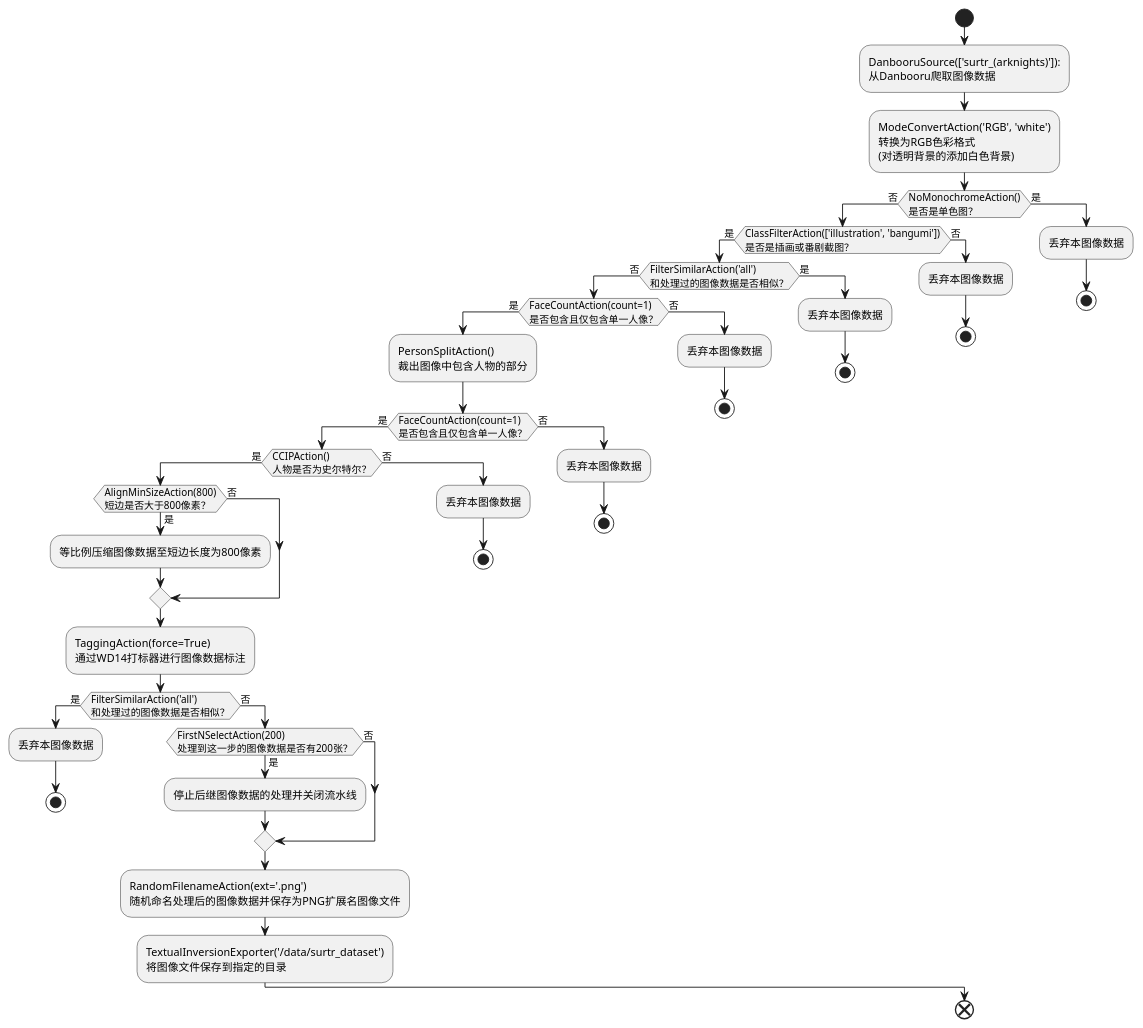
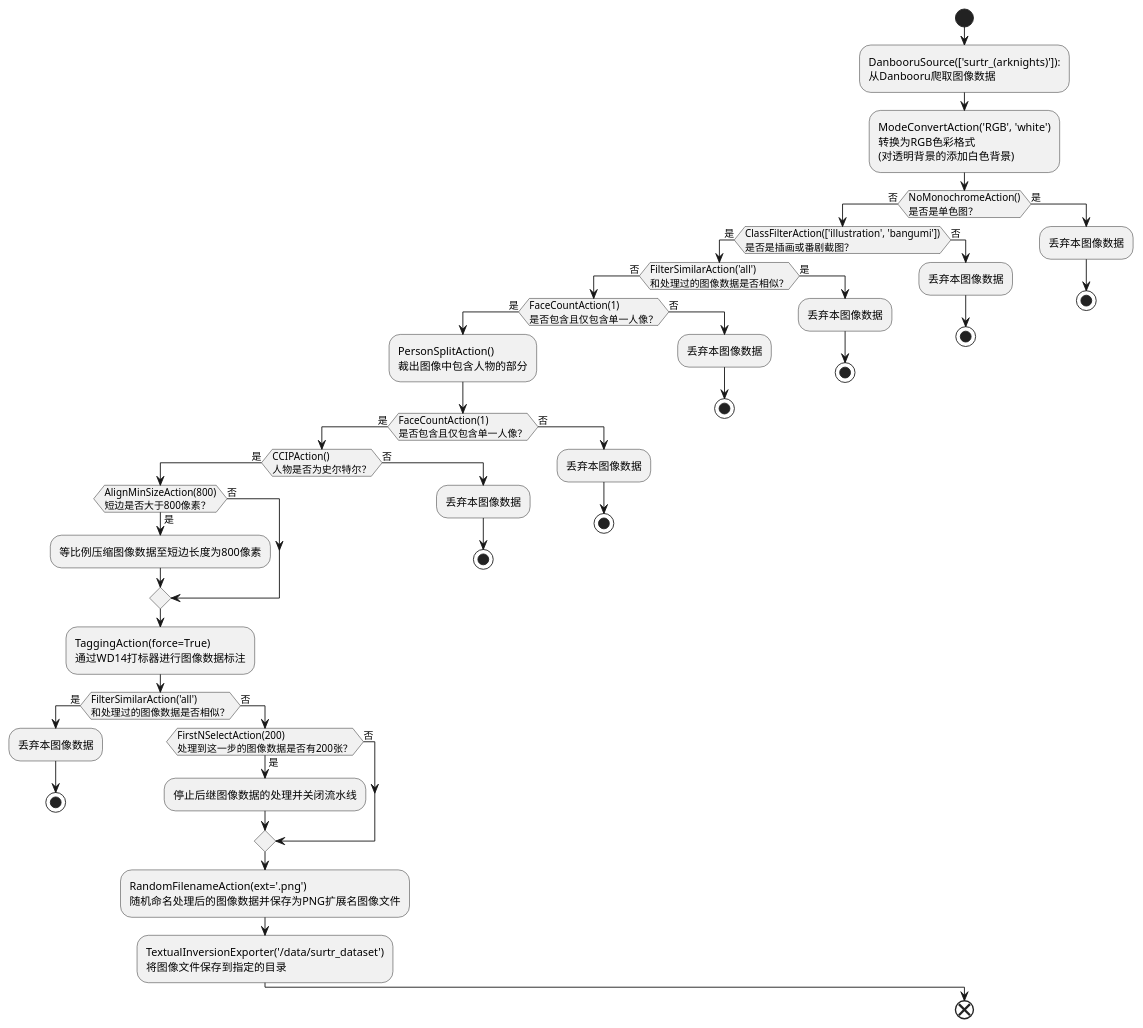
One commit to deepghs/waifuc changed the diagram in docs/source/tutorials-CN/quick_start/sample_workflow.puml. Above: the diagram before and after it, drawn with PlantUML. The commit also changed 7 other files, not shown here.

```diff
--- a/docs/source/tutorials-CN/quick_start/sample_workflow.puml
+++ b/docs/source/tutorials-CN/quick_start/sample_workflow.puml
@@ -1,54 +1,54 @@
 @startuml
 start
 :DanbooruSource(['surtr_(arknights)']):\n从Danbooru爬取图像数据;
 :ModeConvertAction('RGB', 'white')\n转换为RGB色彩格式\n(对透明背景的添加白色背景);
 
 if (NoMonochromeAction()\n是否是单色图？) then (否)
   if (ClassFilterAction(['illustration', 'bangumi'])\n是否是插画或番剧截图？) then (是)
     if (FilterSimilarAction('all')\n和处理过的图像数据是否相似？) then (否)
-      if (FaceCountAction(count=1)\n是否包含且仅包含单一人像？) then (是)
+      if (FaceCountAction(1)\n是否包含且仅包含单一人像？) then (是)
         :PersonSplitAction()\n裁出图像中包含人物的部分;
-        if (FaceCountAction(count=1)\n是否包含且仅包含单一人像？) then (是)
+        if (FaceCountAction(1)\n是否包含且仅包含单一人像？) then (是)
           if (CCIPAction()\n人物是否为史尔特尔？) then (是)
             if (AlignMinSizeAction(800)\n短边是否大于800像素？) then (是)
               :等比例压缩图像数据至短边长度为800像素;
             else (否)
             endif
             :TaggingAction(force=True)\n通过WD14打标器进行图像数据标注;
             if (FilterSimilarAction('all')\n和处理过的图像数据是否相似？) then (是)
               :丢弃本图像数据;
               stop
             else (否)
               if (FirstNSelectAction(200)\n处理到这一步的图像数据是否有200张？) then (是)
                 :停止后继图像数据的处理并关闭流水线;
               else (否)
               endif
               :RandomFilenameAction(ext='.png')\n随机命名处理后的图像数据并保存为PNG扩展名图像文件;
               :TextualInversionExporter('/data/surtr_dataset')\n将图像文件保存到指定的目录;
             endif
           else (否)
             :丢弃本图像数据;
             stop
           endif
         else (否)
           :丢弃本图像数据;
           stop
         endif
       else (否)
         :丢弃本图像数据;
         stop
       endif
     else (是)
       :丢弃本图像数据;
       stop
     endif
   else (否)
     :丢弃本图像数据;
     stop
   endif
 else (是)
   :丢弃本图像数据;
   stop
 endif
 end
 @enduml
```
